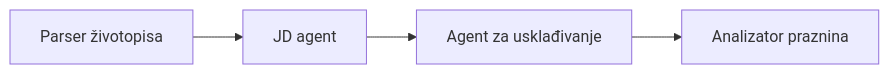
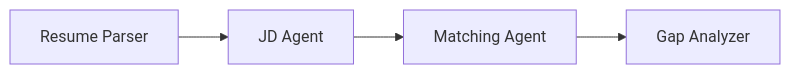
Before and after one commit to microsoft-foundry/Foundry_Toolkit_for_VSCode_Lab: the first of 2 diagrams in translations/hr/workshop/lab02-multi-agent/docs/04-orchestration-patterns.md, drawn with Mermaid. The commit also changed other lines of this file and 79 other files, not shown here.

````diff
--- a/translations/hr/workshop/lab02-multi-agent/docs/04-orchestration-patterns.md
+++ b/translations/hr/workshop/lab02-multi-agent/docs/04-orchestration-patterns.md
@@ -13,6 +13,6 @@
 ```mermaid
 flowchart LR
-    RP[Parser životopisa] --> JD[JD agent]
-    JD --> MA[Agent za usklađivanje]
-    MA --> GA[Analizator praznina]
+    RP[Resume Parser] --> JD[JD Agent]
+    JD --> MA[Matching Agent]
+    MA --> GA[Gap Analyzer]
 ```
````
